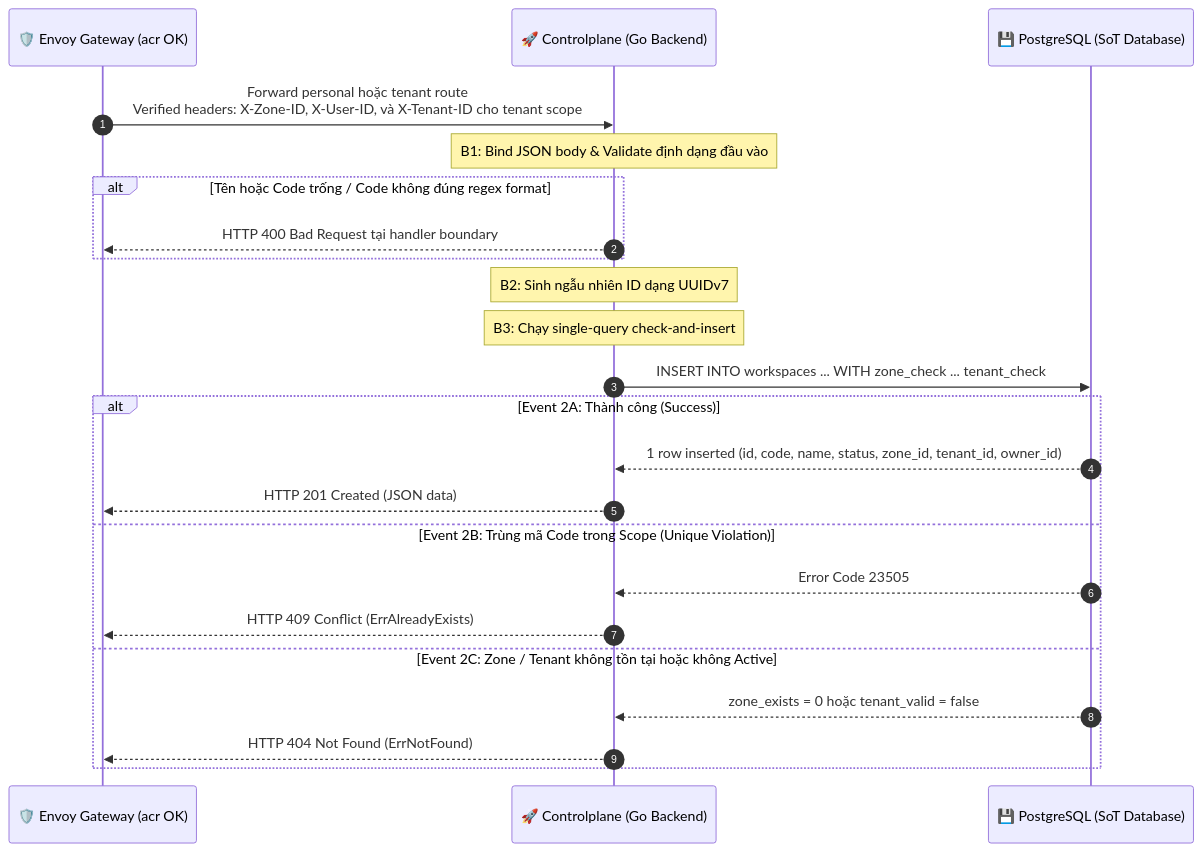
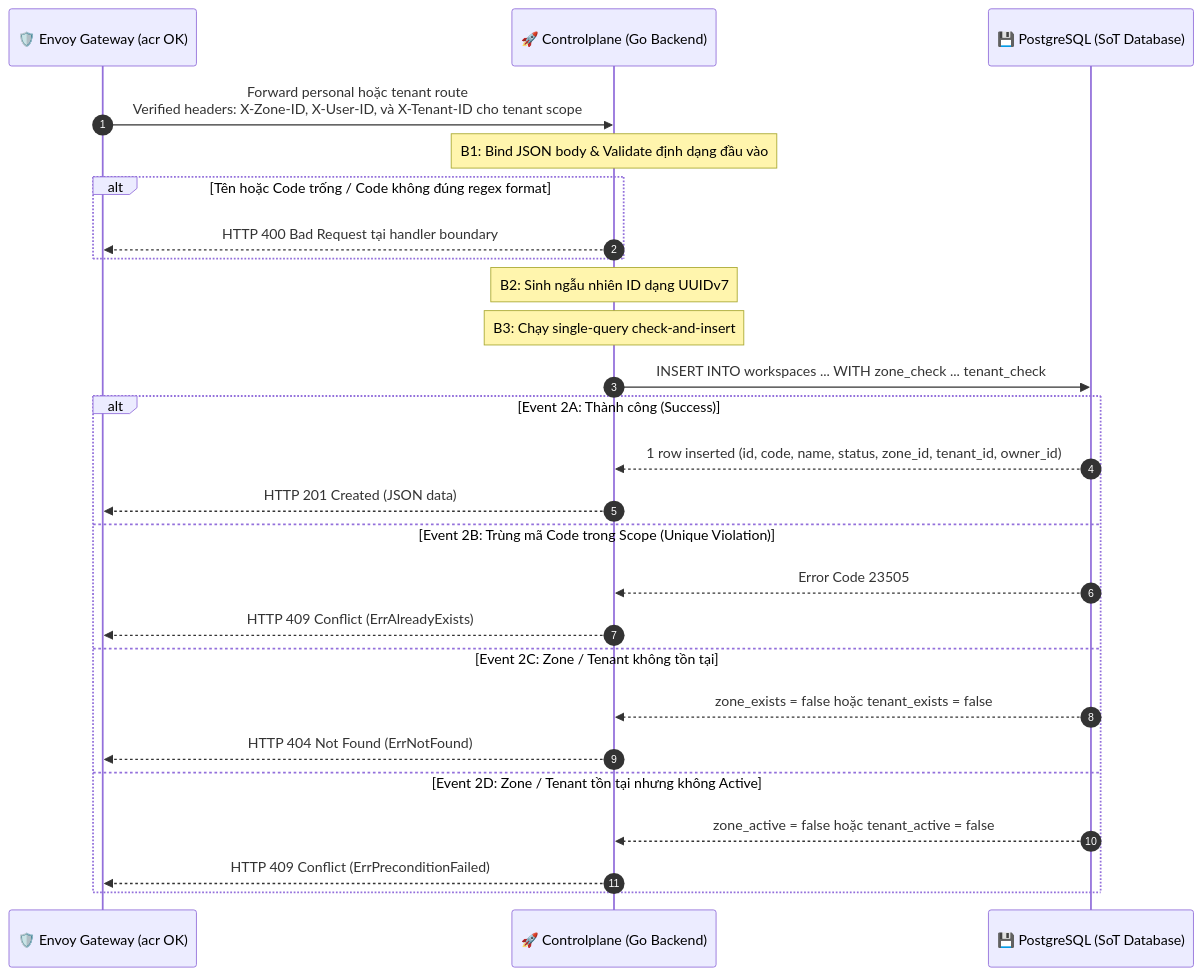
One commit to phucle996/aurora changed the third of 3 diagrams in god_view/hierarchy/organizational_hierarchy_and_workspace_creation_god_view.md. Above: the diagram before and after it, drawn with Mermaid. The commit also changed other lines of this file and 117 other files, not shown here.

````diff
--- a/god_view/hierarchy/organizational_hierarchy_and_workspace_creation_god_view.md
+++ b/god_view/hierarchy/organizational_hierarchy_and_workspace_creation_god_view.md
@@ -136,30 +136,33 @@
 ```mermaid
 sequenceDiagram
     autonumber
     participant Envoy as 🛡️ Envoy Gateway (acr OK)
     participant CP as 🚀 Controlplane (Go Backend)
     participant DB as 💾 PostgreSQL (SoT Database)
 
     Envoy->>CP: Forward personal hoặc tenant route<br/>Verified headers: X-Zone-ID, X-User-ID, và X-Tenant-ID cho tenant scope
     
     Note over CP: B1: Bind JSON body & Validate định dạng đầu vào
     alt Tên hoặc Code trống / Code không đúng regex format
         CP-->>Envoy: HTTP 400 Bad Request tại handler boundary
     end
 
     Note over CP: B2: Sinh ngẫu nhiên ID dạng UUIDv7
     Note over CP: B3: Chạy single-query check-and-insert
     
     CP->>DB: INSERT INTO workspaces ... WITH zone_check ... tenant_check
     
     alt Event 2A: Thành công (Success)
         DB-->>CP: 1 row inserted (id, code, name, status, zone_id, tenant_id, owner_id)
         CP-->>Envoy: HTTP 201 Created (JSON data)
     else Event 2B: Trùng mã Code trong Scope (Unique Violation)
         DB-->>CP: Error Code 23505
         CP-->>Envoy: HTTP 409 Conflict (ErrAlreadyExists)
-    else Event 2C: Zone / Tenant không tồn tại hoặc không Active
-        DB-->>CP: zone_exists = 0 hoặc tenant_valid = false
-        CP-->>Envoy: HTTP 404 Not Found (ErrNotFound)
+	else Event 2C: Zone / Tenant không tồn tại
+		DB-->>CP: zone_exists = false hoặc tenant_exists = false
+		CP-->>Envoy: HTTP 404 Not Found (ErrNotFound)
+	else Event 2D: Zone / Tenant tồn tại nhưng không Active
+		DB-->>CP: zone_active = false hoặc tenant_active = false
+		CP-->>Envoy: HTTP 409 Conflict (ErrPreconditionFailed)
     end
 ```
````
